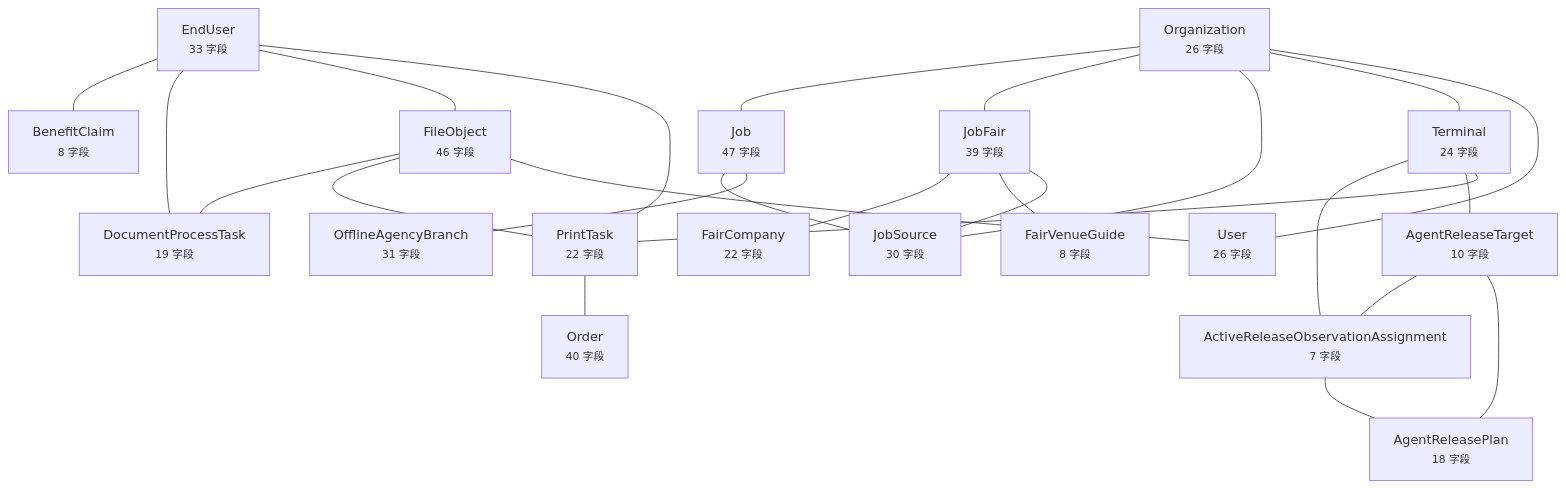
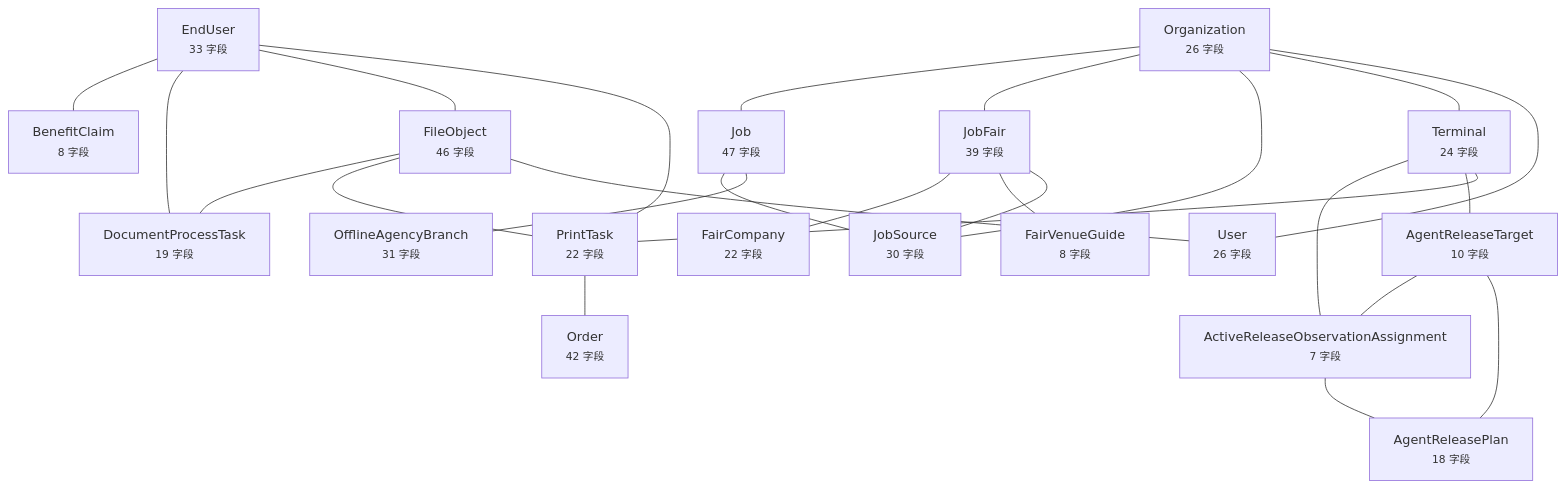
One commit to wanglei581/YITIJI changed the diagram in docs/graph/data-model.md. Above: the diagram before and after it, drawn with Mermaid. The commit also changed other lines of this file and 10 other files, not shown here.

````diff
--- a/docs/graph/data-model.md
+++ b/docs/graph/data-model.md
@@ -10,45 +10,45 @@
 ```mermaid
 flowchart TD
   EndUser["EndUser<br/><small>33 字段</small>"]
   Organization["Organization<br/><small>26 字段</small>"]
   Terminal["Terminal<br/><small>24 字段</small>"]
   FileObject["FileObject<br/><small>46 字段</small>"]
   Job["Job<br/><small>47 字段</small>"]
   JobFair["JobFair<br/><small>39 字段</small>"]
   JobSource["JobSource<br/><small>30 字段</small>"]
   User["User<br/><small>26 字段</small>"]
   PrintTask["PrintTask<br/><small>22 字段</small>"]
   AgentReleaseTarget["AgentReleaseTarget<br/><small>10 字段</small>"]
-  Order["Order<br/><small>40 字段</small>"]
+  Order["Order<br/><small>42 字段</small>"]
   ActiveReleaseObservationAssignment["ActiveReleaseObservationAssignment<br/><small>7 字段</small>"]
   AgentReleasePlan["AgentReleasePlan<br/><small>18 字段</small>"]
   BenefitClaim["BenefitClaim<br/><small>8 字段</small>"]
   DocumentProcessTask["DocumentProcessTask<br/><small>19 字段</small>"]
   FairCompany["FairCompany<br/><small>22 字段</small>"]
   FairVenueGuide["FairVenueGuide<br/><small>8 字段</small>"]
   OfflineAgencyBranch["OfflineAgencyBranch<br/><small>31 字段</small>"]
   EndUser --- BenefitClaim
   EndUser --- DocumentProcessTask
   EndUser --- FileObject
   EndUser --- PrintTask
   Organization --- Job
   Organization --- JobFair
   Organization --- JobSource
   Organization --- Terminal
   Organization --- User
   Terminal --- ActiveReleaseObservationAssignment
   Terminal --- AgentReleaseTarget
   Terminal --- PrintTask
   FileObject --- DocumentProcessTask
   FileObject --- PrintTask
   FileObject --- User
   Job --- JobSource
   Job --- OfflineAgencyBranch
   JobFair --- FairCompany
   JobFair --- FairVenueGuide
   JobFair --- JobSource
   PrintTask --- Order
   AgentReleaseTarget --- ActiveReleaseObservationAssignment
   AgentReleaseTarget --- AgentReleasePlan
   ActiveReleaseObservationAssignment --- AgentReleasePlan
 ```
````
